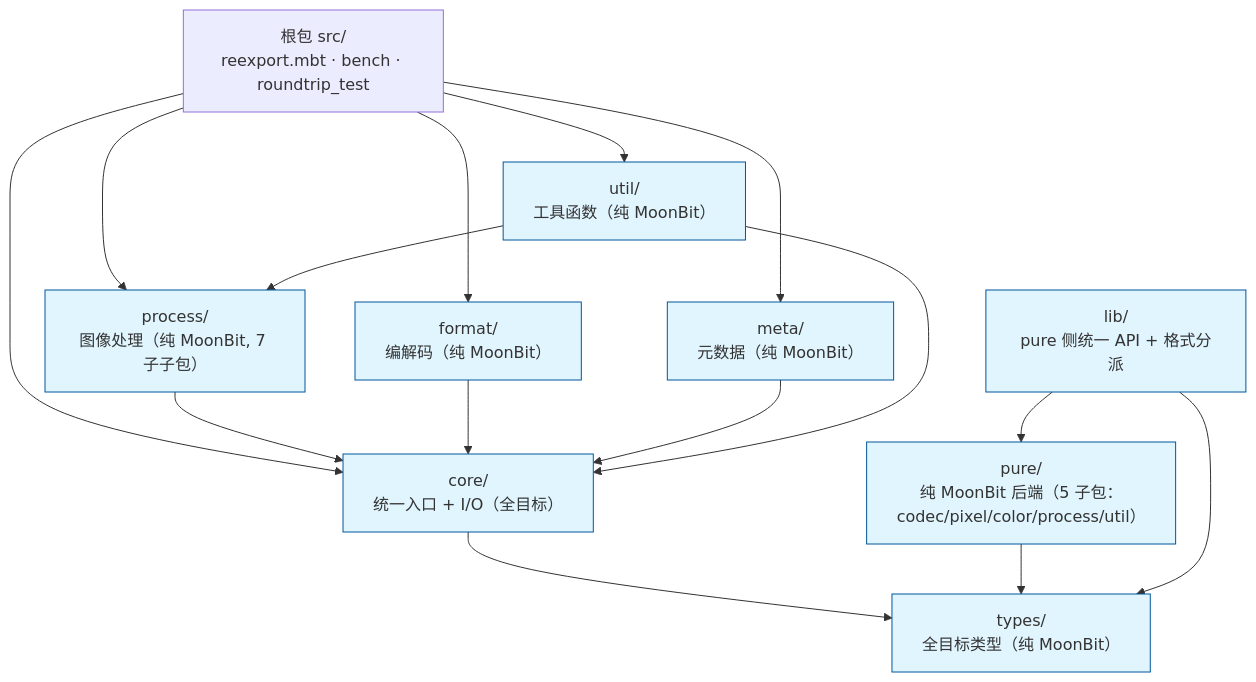
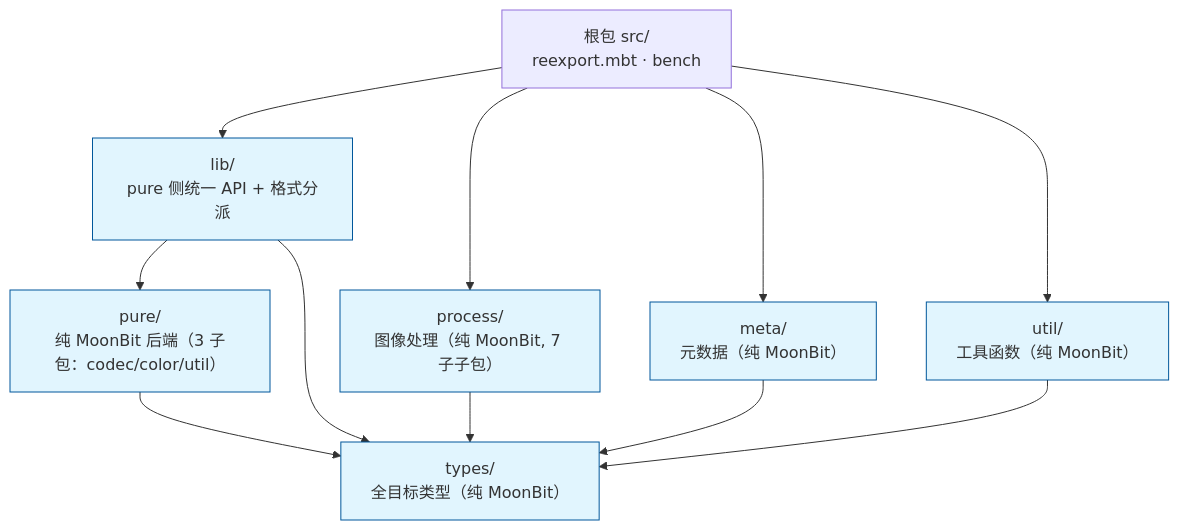
The third of 14 diagrams in docs/architecture.md (toadium/stb-image), drawn with Mermaid before and after one commit. The commit also changed other lines of this file and 132 other files, not shown here.

````diff
--- a/docs/architecture.md
+++ b/docs/architecture.md
@@ -144,30 +130,24 @@
 ```mermaid
 flowchart TB
-    Root["根包 src/<br/>reexport.mbt · bench · roundtrip_test"]
+    Root["根包 src/<br/>reexport.mbt · bench"]
     Types["types/<br/>全目标类型（纯 MoonBit）"]
-    Core["core/<br/>统一入口 + I/O（全目标）"]
+    Pure["pure/<br/>纯 MoonBit 后端（3 子包：codec/color/util）"]
+    Lib["lib/<br/>pure 侧统一 API + 格式分派"]
     Process["process/<br/>图像处理（纯 MoonBit, 7 子子包）"]
-    Format["format/<br/>编解码（纯 MoonBit）"]
     Meta["meta/<br/>元数据（纯 MoonBit）"]
     Util["util/<br/>工具函数（纯 MoonBit）"]
-    Pure["pure/<br/>纯 MoonBit 后端（5 子包：codec/pixel/color/process/util）"]
-    Lib["lib/<br/>pure 侧统一 API + 格式分派"]
 
-    Root --> Core
+    Root --> Lib
     Root --> Process
-    Root --> Format
     Root --> Meta
     Root --> Util
-    Core --> Types
     Pure --> Types
     Lib --> Types
     Lib --> Pure
-    Process --> Core
-    Format --> Core
-    Meta --> Core
-    Util --> Core
-    Util --> Process
+    Process --> Types
+    Meta --> Types
+    Util --> Types
 
     classDef pure fill:#e1f5fe,stroke:#01579b
-    class Types,Pure,Lib,Core,Process,Format,Meta,Util pure
+    class Types,Pure,Lib,Process,Meta,Util pure
 ```
````
